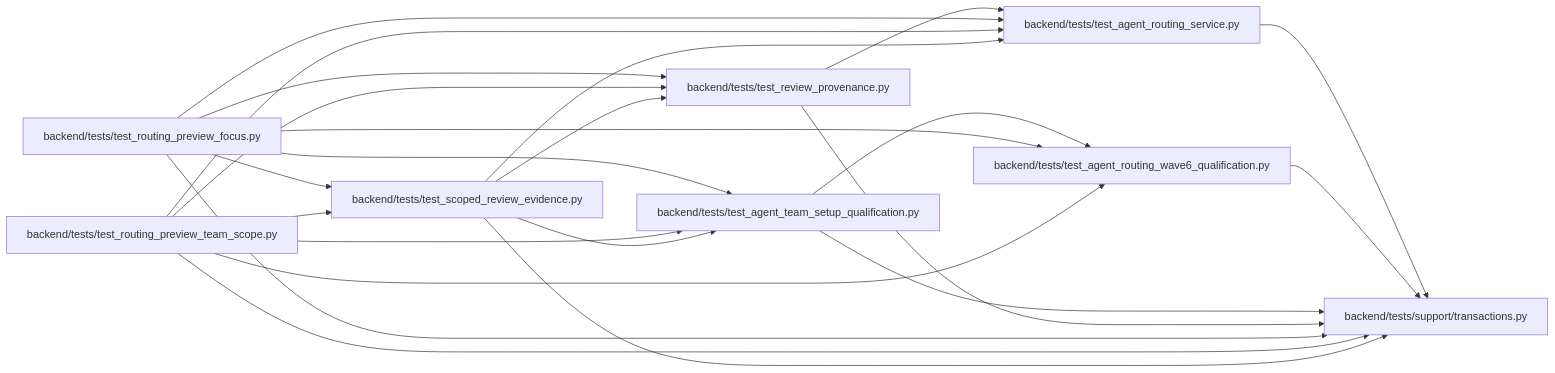
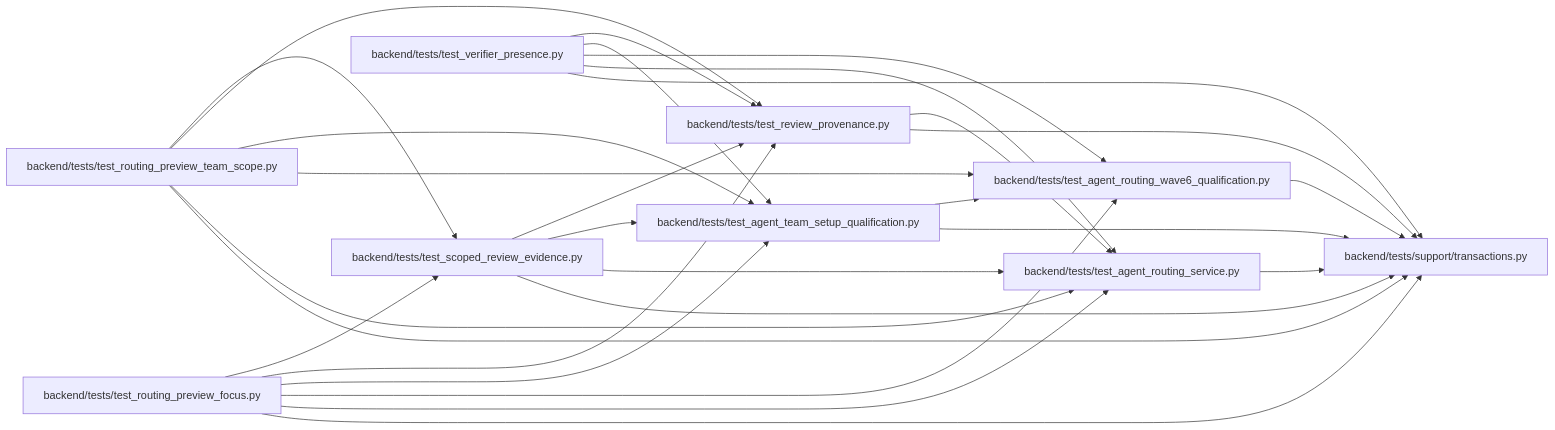
One commit to Denissvgn/WorkChord changed the diagram in docs/llm_wiki/modules/transactions.md. Above: the diagram before and after it, drawn with Mermaid. The commit also changed other lines of this file and 623 other files, not shown here.

Commit message:
Sync the architectural wiki for judging a verifier by its own presence

````diff
--- a/docs/llm_wiki/modules/transactions.md
+++ b/docs/llm_wiki/modules/transactions.md
@@ -18,41 +18,48 @@
 ```mermaid
 flowchart LR
     n0["backend/tests/support/transactions.py"]
     n1["backend/tests/test_agent_routing_service.py"]
     n2["backend/tests/test_agent_routing_wave6_qualification.py"]
     n3["backend/tests/test_agent_team_setup_qualification.py"]
     n4["backend/tests/test_review_provenance.py"]
     n5["backend/tests/test_routing_preview_focus.py"]
     n6["backend/tests/test_routing_preview_team_scope.py"]
     n7["backend/tests/test_scoped_review_evidence.py"]
+    n8["backend/tests/test_verifier_presence.py"]
     n1 --> n0
     n2 --> n0
     n3 --> n0
     n3 --> n2
     n4 --> n0
     n4 --> n1
     n5 --> n0
     n5 --> n1
     n5 --> n2
     n5 --> n3
     n5 --> n4
     n5 --> n7
     n6 --> n0
     n6 --> n1
     n6 --> n2
     n6 --> n3
     n6 --> n4
     n6 --> n7
     n7 --> n0
     n7 --> n1
     n7 --> n3
     n7 --> n4
+    n8 --> n0
+    n8 --> n1
+    n8 --> n2
+    n8 --> n3
+    n8 --> n4
     click n0 "../modules/transactions.md"
     click n1 "../modules/test_agent_routing_service.md"
     click n2 "../modules/test_agent_routing_wave6_qualification.md"
     click n3 "../modules/test_agent_team_setup_qualification.md"
     click n4 "../modules/test_review_provenance.md"
     click n5 "../modules/test_routing_preview_focus.md"
     click n6 "../modules/test_routing_preview_team_scope.md"
     click n7 "../modules/test_scoped_review_evidence.md"
+    click n8 "../modules/test_verifier_presence.md"
 ```
````
